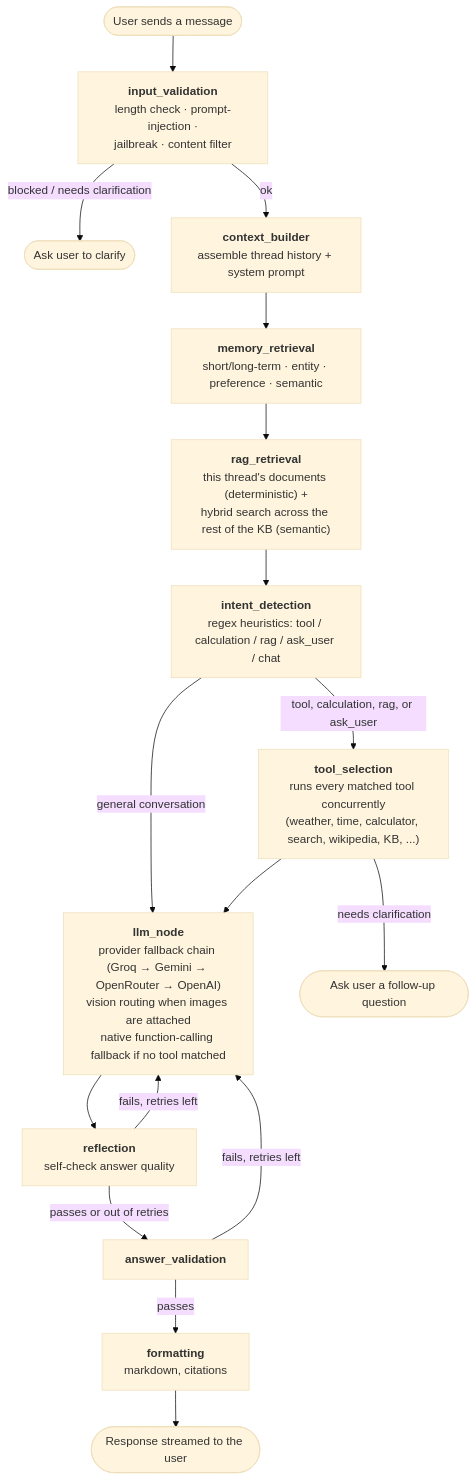
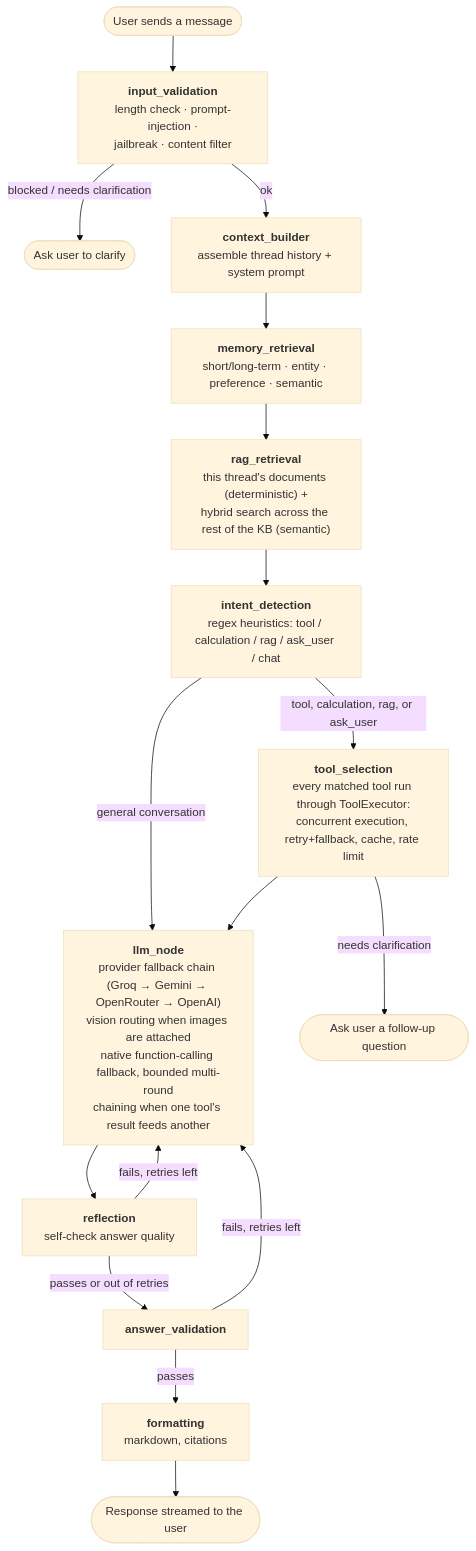
One commit to abduljaha/Lumina-Ai-Agent-Chatbot changed the second of 4 diagrams in README.md. Above: the diagram before and after it, drawn with Mermaid (base theme). The commit also changed other lines of this file and 64 other files, not shown here.

````diff
--- a/README.md
+++ b/README.md
@@ -94,27 +101,27 @@
 ```mermaid
 flowchart TD
     START(["User sends a message"]) --> IV["<b>input_validation</b><br/>length check · prompt-injection ·<br/>jailbreak · content filter"]
 
     IV -->|"blocked / needs clarification"| END1(["Ask user to clarify"])
     IV -->|"ok"| CB["<b>context_builder</b><br/>assemble thread history + system prompt"]
 
     CB --> MR["<b>memory_retrieval</b><br/>short/long-term · entity · preference · semantic"]
 
     MR --> RAG["<b>rag_retrieval</b><br/>this thread's documents (deterministic) +<br/>hybrid search across the rest of the KB (semantic)"]
     RAG --> ID["<b>intent_detection</b><br/>regex heuristics: tool / calculation / rag / ask_user / chat"]
 
-    ID -->|"tool, calculation, rag, or ask_user"| TS["<b>tool_selection</b><br/>runs every matched tool concurrently<br/>(weather, time, calculator, search, wikipedia, KB, ...)"]
+    ID -->|"tool, calculation, rag, or ask_user"| TS["<b>tool_selection</b><br/>every matched tool run through ToolExecutor:<br/>concurrent execution, retry+fallback, cache, rate limit"]
     ID -->|"general conversation"| LLM
 
     TS -->|"needs clarification"| END2(["Ask user a follow-up question"])
-    TS --> LLM["<b>llm_node</b><br/>provider fallback chain (Groq → Gemini → OpenRouter → OpenAI)<br/>vision routing when images are attached<br/>native function-calling fallback if no tool matched"]
+    TS --> LLM["<b>llm_node</b><br/>provider fallback chain (Groq → Gemini → OpenRouter → OpenAI)<br/>vision routing when images are attached<br/>native function-calling fallback, bounded multi-round<br/>chaining when one tool's result feeds another"]
 
     LLM --> RF["<b>reflection</b><br/>self-check answer quality"]
     RF -->|"fails, retries left"| LLM
     RF -->|"passes or out of retries"| AV["<b>answer_validation</b>"]
 
     AV -->|"fails, retries left"| LLM
     AV -->|"passes"| FMT["<b>formatting</b><br/>markdown, citations"]
 
     FMT --> END3(["Response streamed to the user"])
 ```
````
